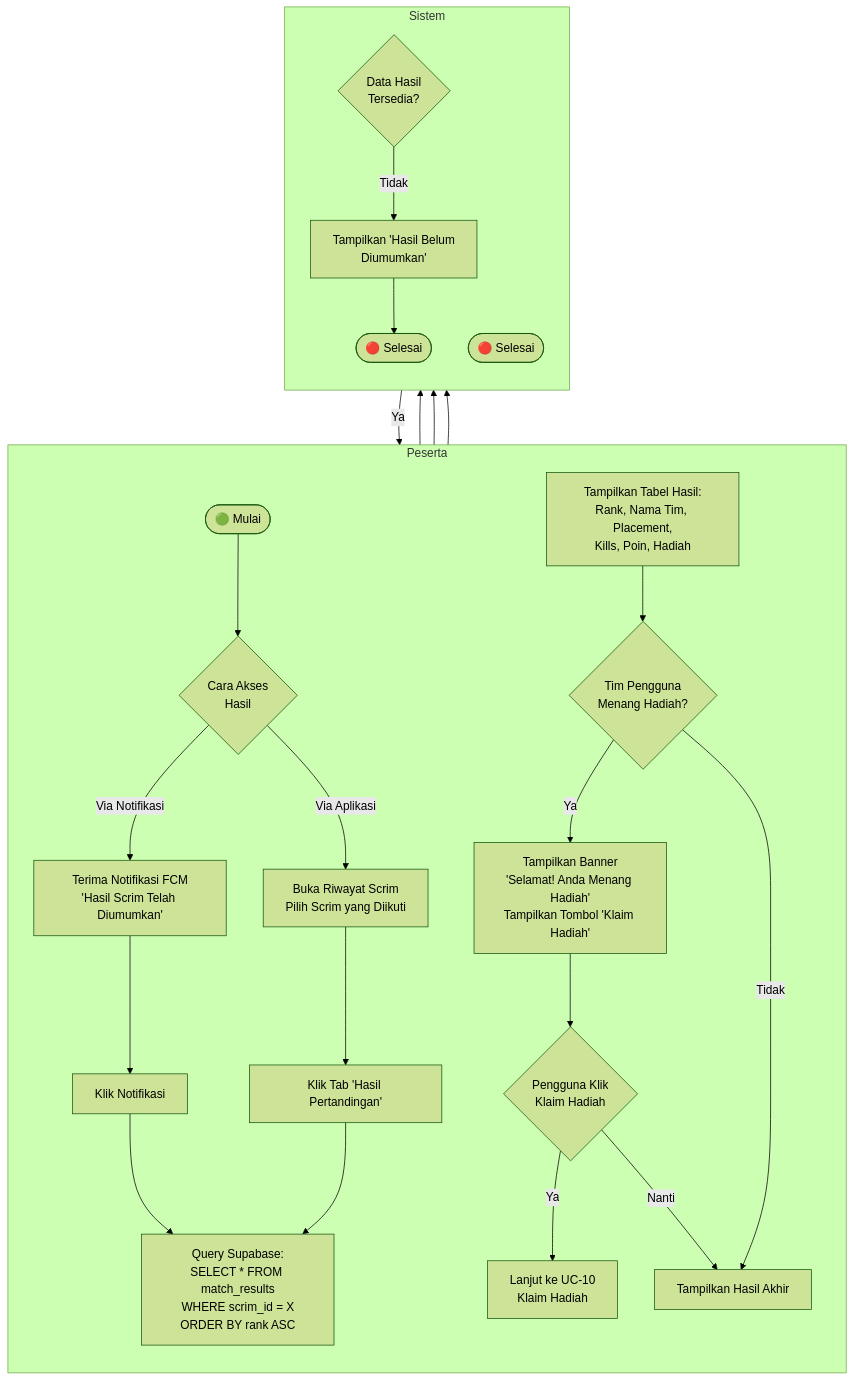
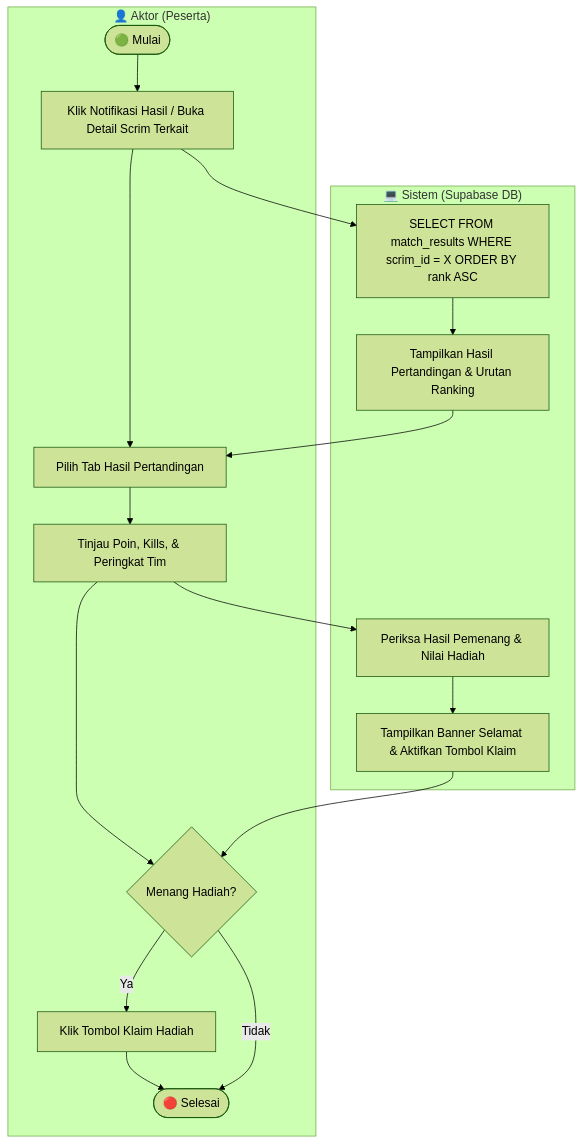
Before and after one commit to yosima050/booyahhub: the tenth of 43 diagrams in DOKUMENTASI.md, drawn with Mermaid (forest theme). The commit also changed other lines of this file, not shown here.

````diff
--- a/DOKUMENTASI.md
+++ b/DOKUMENTASI.md
@@ -497,27 +386,18 @@
 ```mermaid
 flowchart TD
-    subgraph Peserta
-        direction TB
-        A([🟢 Mulai]) --> B{Cara Akses<br/>Hasil}
-        B -->|Via Notifikasi| C[Terima Notifikasi FCM<br/>'Hasil Scrim Telah Diumumkan']
-        B -->|Via Aplikasi| D[Buka Riwayat Scrim<br/>Pilih Scrim yang Diikuti]
-        C --> E[Klik Notifikasi]
-        D --> F[Klik Tab 'Hasil Pertandingan']
-        E & F --> G
-        K --> L
-        N --> O{Pengguna Klik<br/>Klaim Hadiah}
-        O -->|Ya| P[Lanjut ke UC-10<br/>Klaim Hadiah]
-        O -->|Nanti| M
+    subgraph Aktor ["👤 Aktor (Peserta)"]
+        I1([🟢 Mulai]) --> I2[Klik Notifikasi Hasil / Buka Detail Scrim Terkait]
+        I2 --> I3[Pilih Tab Hasil Pertandingan]
+        I3 --> I4[Tinjau Poin, Kills, & Peringkat Tim]
+        I4 --> I5{Menang Hadiah?}
+        I5 -->|Ya| I6[Klik Tombol Klaim Hadiah] --> I7([🔴 Selesai])
+        I5 -->|Tidak| I7
     end
 
-    subgraph Sistem
-        direction TB
-        G[Query Supabase:<br/>SELECT * FROM match_results<br/>WHERE scrim_id = X<br/>ORDER BY rank ASC] --> H{Data Hasil<br/>Tersedia?}
-        H -->|Tidak| I[Tampilkan 'Hasil Belum<br/>Diumumkan']
-        H -->|Ya| K[Tampilkan Tabel Hasil:<br/>Rank, Nama Tim, Placement,<br/>Kills, Poin, Hadiah]
-        L{Tim Pengguna<br/>Menang Hadiah?} -->|Tidak| M[Tampilkan Hasil Akhir]
-        L -->|Ya| N[Tampilkan Banner<br/>'Selamat! Anda Menang Hadiah'<br/>Tampilkan Tombol 'Klaim Hadiah']
-        I --> J([🔴 Selesai])
-        M & P --> Q([🔴 Selesai])
+    subgraph Sistem ["💻 Sistem (Supabase DB)"]
+        I2 --> S1[SELECT FROM match_results WHERE scrim_id = X ORDER BY rank ASC]
+        S1 --> S2[Tampilkan Hasil Pertandingan & Urutan Ranking] --> I3
+        I4 --> S3[Periksa Hasil Pemenang & Nilai Hadiah]
+        S3 --> S4[Tampilkan Banner Selamat & Aktifkan Tombol Klaim] --> I5
     end
 ```
````
